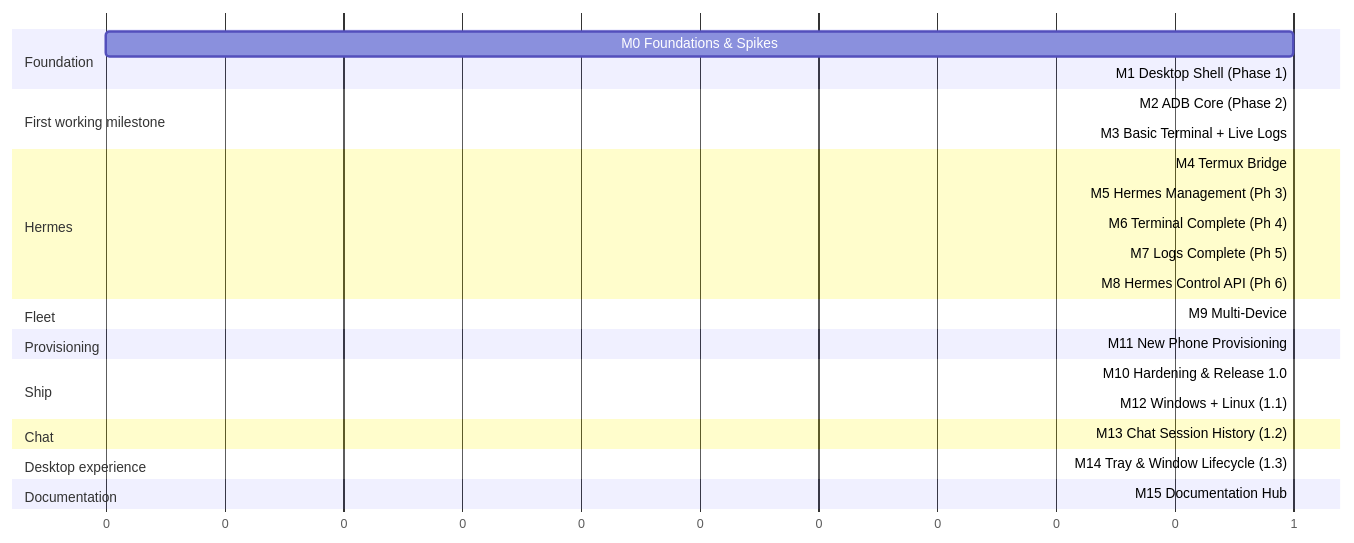
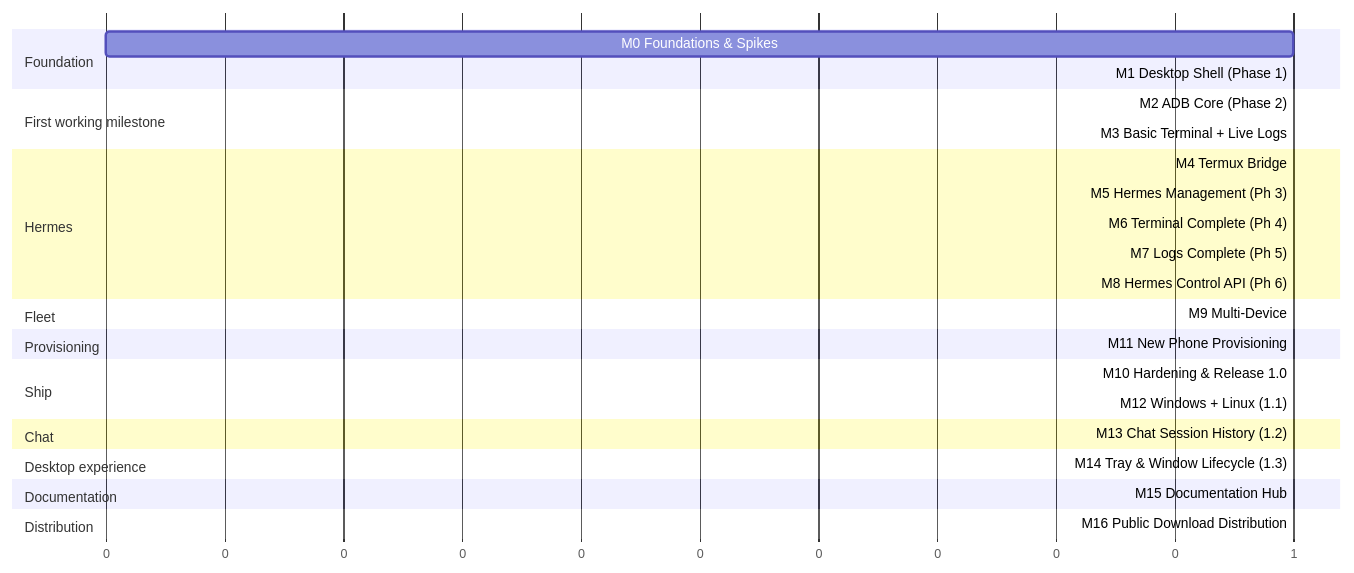
Before and after one commit to chesteralan/hermes-android-control-center: the diagram in docs/MILESTONES.md, drawn with Mermaid. The commit also changed other lines of this file and 5 other files, not shown here.

Commit message:
Plan public release download distribution

````diff
--- a/docs/MILESTONES.md
+++ b/docs/MILESTONES.md
@@ -5,30 +5,32 @@
 ```mermaid
 gantt
   dateFormat X
   axisFormat %s
   section Foundation
   M0 Foundations & Spikes      :m0, 0, 1
   M1 Desktop Shell (Phase 1)   :m1, after m0, 1
   section First working milestone
   M2 ADB Core (Phase 2)        :m2, after m1, 1
   M3 Basic Terminal + Live Logs:m3, after m2, 1
   section Hermes
   M4 Termux Bridge             :m4, after m3, 1
   M5 Hermes Management (Ph 3)  :m5, after m4, 1
   M6 Terminal Complete (Ph 4)  :m6, after m5, 1
   M7 Logs Complete (Ph 5)      :m7, after m5, 1
   M8 Hermes Control API (Ph 6) :m8, after m7, 1
   section Fleet
   M9 Multi-Device              :m9, after m7, 1
   section Provisioning
   M11 New Phone Provisioning   :m11, after m6, 1
   section Ship
   M10 Hardening & Release 1.0  :m10, after m9 m11, 1
   M12 Windows + Linux (1.1)    :m12, after m10, 1
   section Chat
   M13 Chat Session History (1.2) :m13, after m12, 1
   section Desktop experience
   M14 Tray & Window Lifecycle (1.3) :m14, after m13, 1
   section Documentation
   M15 Documentation Hub :m15, after m14, 1
+  section Distribution
+  M16 Public Download Distribution :m16, after m15, 1
 ```
````
